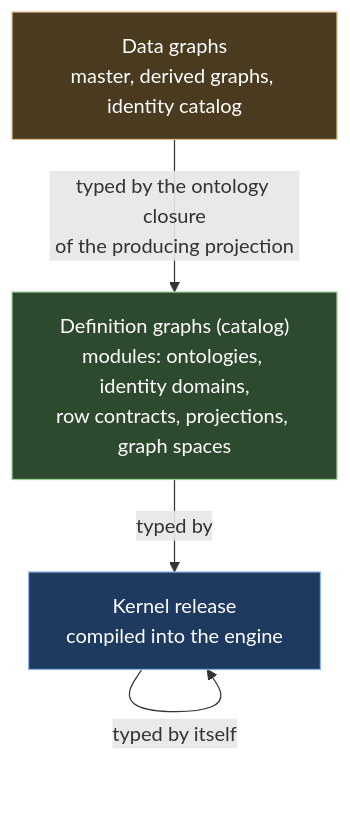
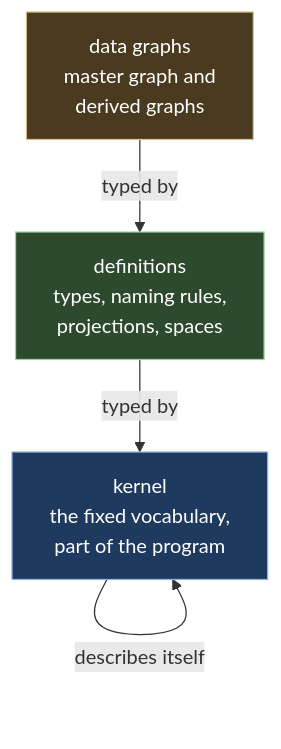
The diagram in paper/ch02-ontologies-as-type-graphs.md (abossard/sattle), drawn with Mermaid before and after one commit. The commit also changed other lines of this file and 21 other files, not shown here.

Commit message:
White paper: chapters without session vocabulary, source file names or commit ids; fill, no data and source progress in the chapters; independent derivations recorded

````diff
--- a/paper/ch02-ontologies-as-type-graphs.md
+++ b/paper/ch02-ontologies-as-type-graphs.md
@@ -18,15 +11,15 @@
 ```mermaid
 flowchart TB
-  K["Kernel release<br/>compiled into the engine"]
-  D["Definition graphs (catalog)<br/>modules: ontologies, identity domains,<br/>row contracts, projections, graph spaces"]
-  G["Data graphs<br/>master, derived graphs, identity catalog"]
-  K -- "typed by itself" --> K
+  K["kernel<br/>the fixed vocabulary,<br/>part of the program"]
+  D["definitions<br/>types, naming rules,<br/>projections, spaces"]
+  G["data graphs<br/>master graph and<br/>derived graphs"]
+  K -- "describes itself" --> K
   D -- "typed by" --> K
-  G -- "typed by the ontology closure<br/>of the producing projection" --> D
+  G -- "typed by" --> D
   classDef k fill:#1f3a5f,stroke:#8fb3e8,color:#ffffff
   classDef d fill:#2e4a2e,stroke:#9fd29f,color:#ffffff
   classDef g fill:#4a3a1f,stroke:#e0c08f,color:#ffffff
   class K k
   class D d
   class G g
 ```
````
